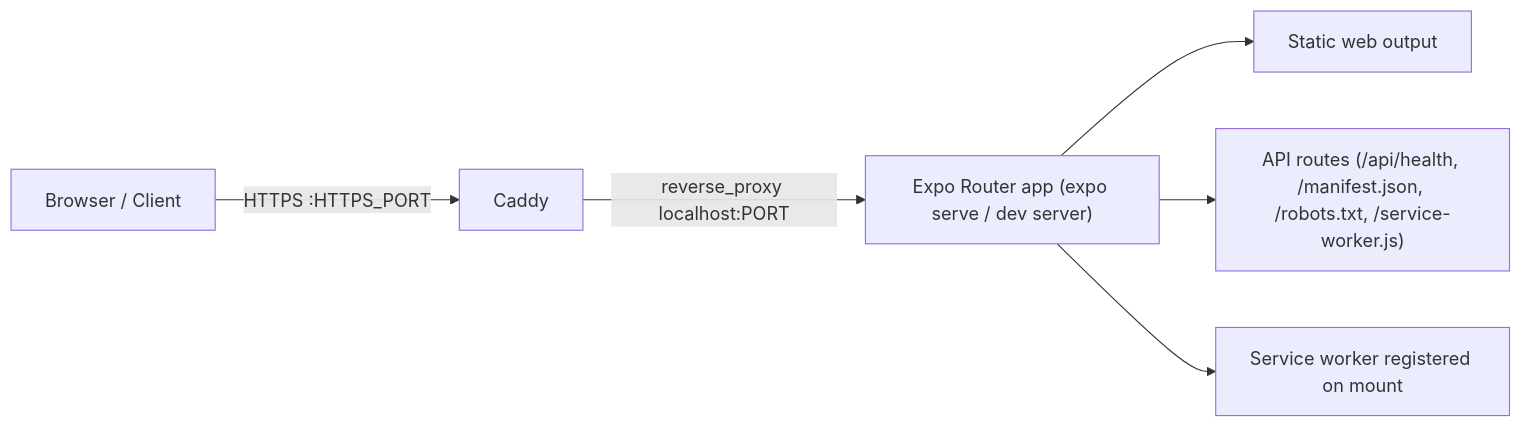
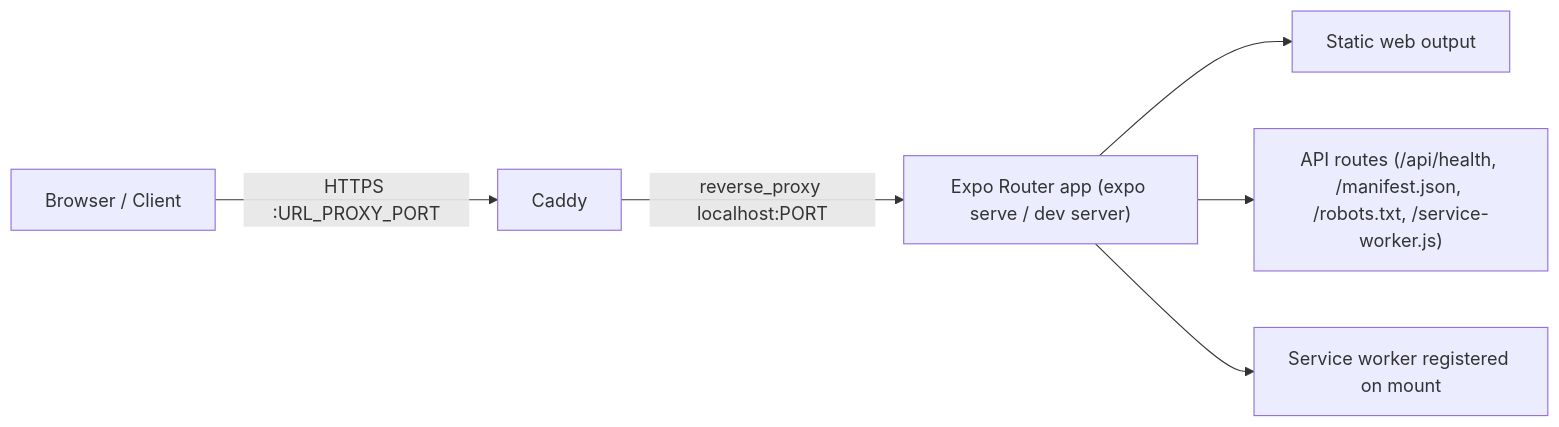
The first of 2 diagrams in CONTRIBUTING.md (yuriusuonly/yuriusuonly), drawn with Mermaid before and after one commit. The commit also changed 8 other files, not shown here.

````diff
--- a/CONTRIBUTING.md
+++ b/CONTRIBUTING.md
@@ -31,8 +31,8 @@
 ```mermaid
 flowchart LR
-  A["Browser / Client"] -->|"HTTPS :HTTPS_PORT"| B["Caddy"]
+  A["Browser / Client"] -->|"HTTPS :URL_PROXY_PORT"| B["Caddy"]
   B -->|"reverse_proxy localhost:PORT"| C["Expo Router app (expo serve / dev server)"]
   C --> D["Static web output"]
   C --> E["API routes (/api/health, /manifest.json, /robots.txt, /service-worker.js)"]
   C --> F["Service worker registered on mount"]
 ```
````
